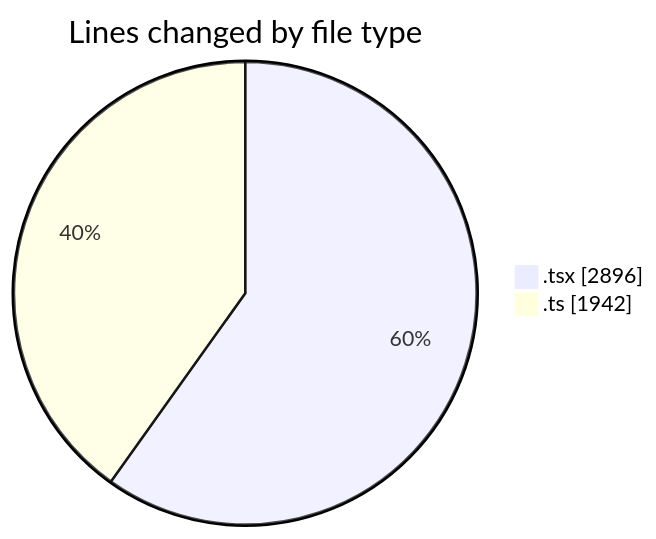
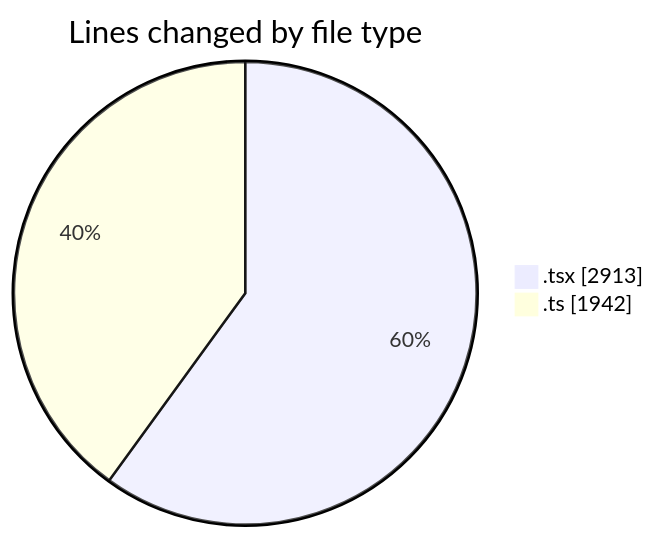
Before and after one commit to nxtqubesakshisongat/code-tracking: the first of 2 diagrams in 2026-02-20/nxtqube_webapp/README.md, drawn with Mermaid. The commit also changed other lines of this file and 1 other file, not shown here.

````diff
--- a/2026-02-20/nxtqube_webapp/README.md
+++ b/2026-02-20/nxtqube_webapp/README.md
@@ -31,6 +31,6 @@
 ```mermaid
 pie showData
 title Lines changed by file type
-".tsx" : 2896
+".tsx" : 2913
 ".ts" : 1942
 ```
````
